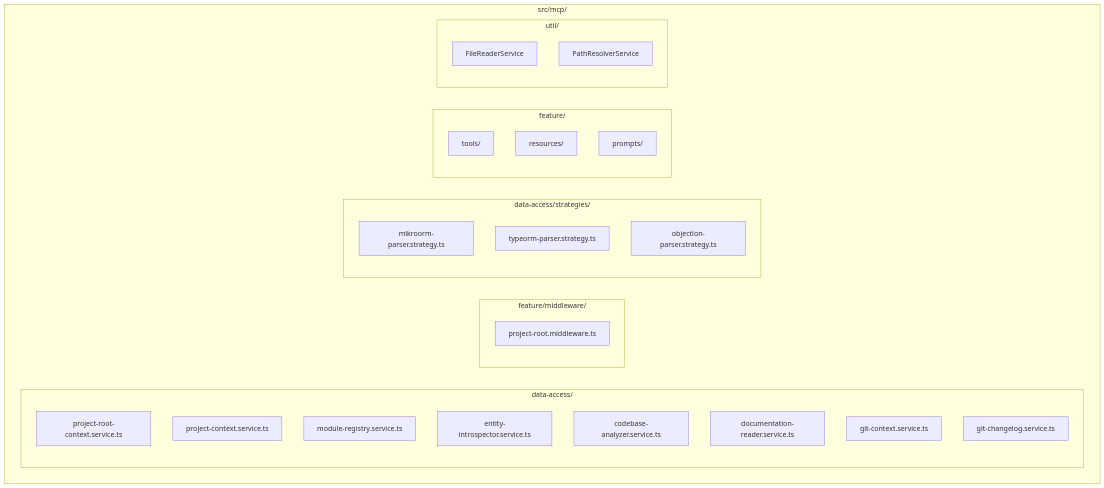
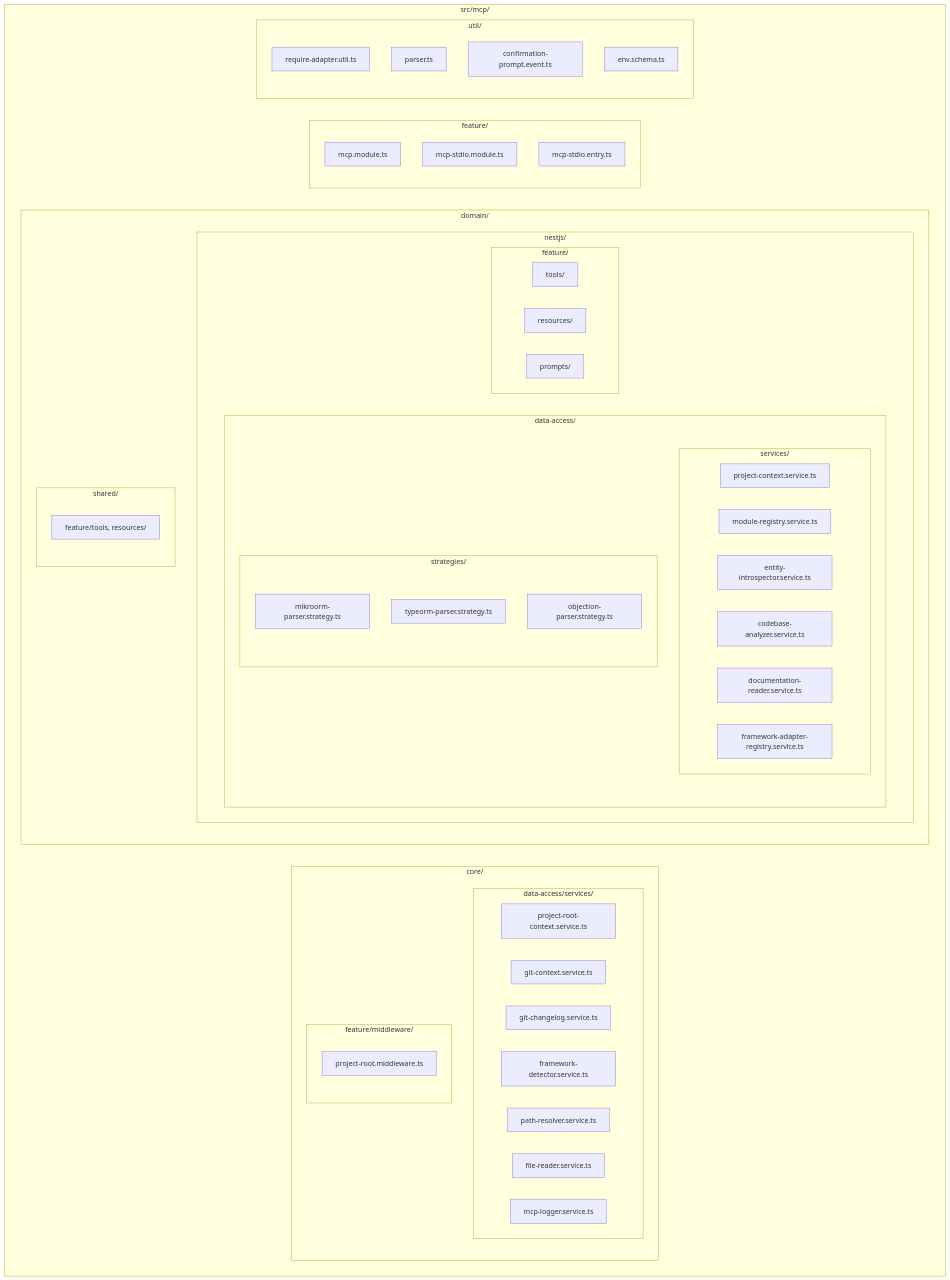
One commit to hbarbosa02/alaz-mcp-nestjs changed diagram 11 of 12 in docs/MCP-FLOWS-AND-ARCHITECTURE.md. Above: the diagram before and after it, drawn with Mermaid. The commit also changed other lines of this file and 4 other files, not shown here.

First line of the commit message:
docs(documentation): add alaz://modules endpoints, fix STDIO config, translate MCP docs, update diagrams

````diff
--- a/docs/MCP-FLOWS-AND-ARCHITECTURE.md
+++ b/docs/MCP-FLOWS-AND-ARCHITECTURE.md
@@ -363,36 +363,60 @@
 ```mermaid
 flowchart TD
     subgraph src["src/mcp/"]
-        subgraph data["data-access/"]
-            S0[project-root-context.service.ts]
-            S1[project-context.service.ts]
-            S2[module-registry.service.ts]
-            S3[entity-introspector.service.ts]
-            S4[codebase-analyzer.service.ts]
-            S5[documentation-reader.service.ts]
-            S6[git-context.service.ts]
-            S7[git-changelog.service.ts]
+        subgraph core["core/"]
+            subgraph coreData["data-access/services/"]
+                S0[project-root-context.service.ts]
+                S1[git-context.service.ts]
+                S2[git-changelog.service.ts]
+                S3[framework-detector.service.ts]
+                S4[path-resolver.service.ts]
+                S5[file-reader.service.ts]
+                S6[mcp-logger.service.ts]
+            end
+            subgraph middleware["feature/middleware/"]
+                MW1[project-root.middleware.ts]
+            end
         end
 
-        subgraph middleware["feature/middleware/"]
-            MW1[project-root.middleware.ts]
-        end
-
-        subgraph strategies["data-access/strategies/"]
-            ST1[mikroorm-parser.strategy.ts]
-            ST2[typeorm-parser.strategy.ts]
-            ST3[objection-parser.strategy.ts]
+        subgraph domain["domain/"]
+            subgraph nestjs["nestjs/"]
+                subgraph nestjsData["data-access/"]
+                    subgraph nestjsServices["services/"]
+                        N0[project-context.service.ts]
+                        N1[module-registry.service.ts]
+                        N2[entity-introspector.service.ts]
+                        N3[codebase-analyzer.service.ts]
+                        N4[documentation-reader.service.ts]
+                        N5[framework-adapter-registry.service.ts]
+                    end
+                    subgraph strategies["strategies/"]
+                        ST1[mikroorm-parser.strategy.ts]
+                        ST2[typeorm-parser.strategy.ts]
+                        ST3[objection-parser.strategy.ts]
+                    end
+                end
+                subgraph nestjsFeature["feature/"]
+                    T[tools/]
+                    R[resources/]
+                    P[prompts/]
+                end
+            end
+            subgraph shared["shared/"]
+                SH[feature/tools, resources/]
+            end
         end
 
         subgraph feature["feature/"]
-            T[tools/]
-            R[resources/]
-            P[prompts/]
+            F1[mcp.module.ts]
+            F2[mcp-stdio.module.ts]
+            F3[mcp-stdio.entry.ts]
         end
 
         subgraph util["util/"]
-            U1[FileReaderService]
-            U2[PathResolverService]
+            U1[require-adapter.util.ts]
+            U2[parser.ts]
+            U3[confirmation-prompt.event.ts]
+            U4[env.schema.ts]
         end
     end
 ```
````
